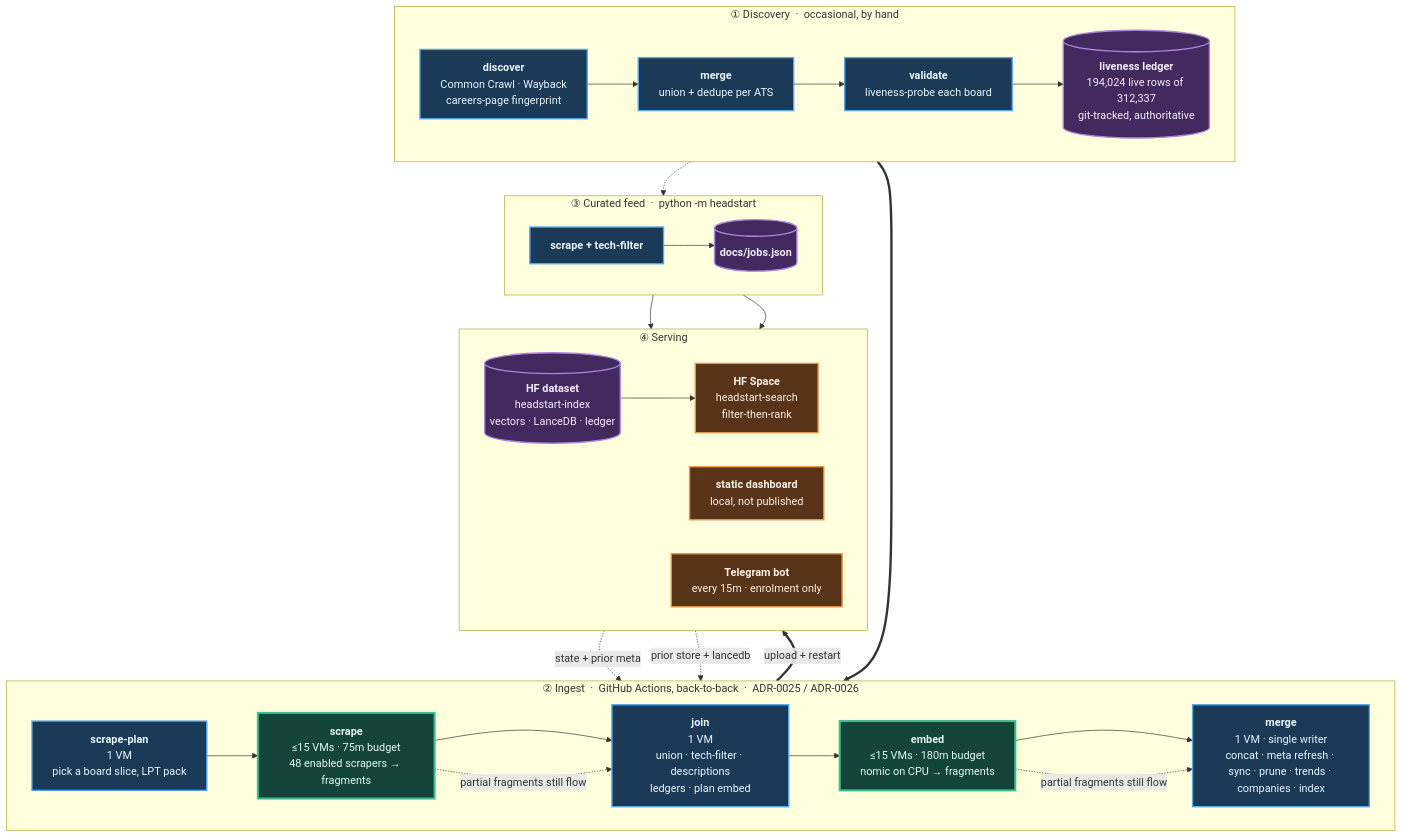
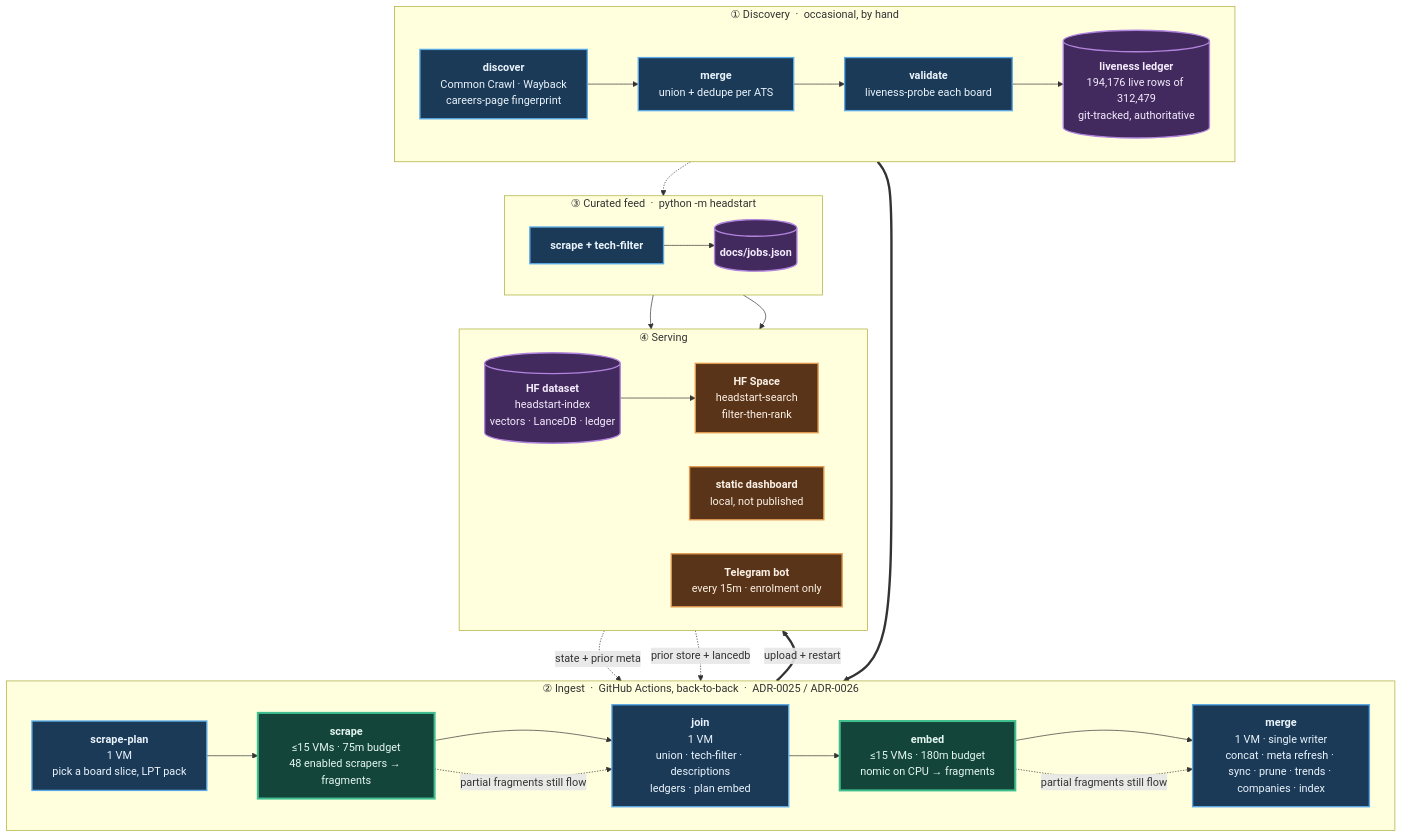
The diagram in README.md (sarthakjain004/headstart), drawn with Mermaid before and after one commit. The commit also changed other lines of this file and 3 other files, not shown here.

````diff
--- a/README.md
+++ b/README.md
@@ -183,56 +183,56 @@
 ```mermaid
 flowchart TB
     subgraph D["① Discovery &nbsp;·&nbsp; occasional, by hand"]
         direction LR
         D1["<b>discover</b><br/>Common Crawl · Wayback<br/>careers-page fingerprint"]
         D2["<b>merge</b><br/>union + dedupe per ATS"]
         D3["<b>validate</b><br/>liveness-probe each board"]
-        D4[("<b>liveness ledger</b><br/>194,024 live rows of 312,337<br/>git-tracked, authoritative")]
+        D4[("<b>liveness ledger</b><br/>194,176 live rows of 312,479<br/>git-tracked, authoritative")]
         D1 --> D2 --> D3 --> D4
     end
 
     subgraph P["② Ingest &nbsp;·&nbsp; GitHub Actions, back-to-back &nbsp;·&nbsp; ADR-0025 / ADR-0026"]
         direction LR
         P1["<b>scrape-plan</b><br/>1 VM<br/>pick a board slice, LPT pack"]
         P2["<b>scrape</b><br/>≤15 VMs · 75m budget<br/>48 enabled scrapers → fragments"]
         P3["<b>join</b><br/>1 VM<br/>union · tech-filter · descriptions<br/>ledgers · plan embed"]
         P4["<b>embed</b><br/>≤15 VMs · 180m budget<br/>nomic on CPU → fragments"]
         P5["<b>merge</b><br/>1 VM · single writer<br/>concat · meta refresh · sync · prune · trends · companies · index"]
         P1 --> P2 --> P3 --> P4 --> P5
     end
 
     subgraph F["③ Curated feed &nbsp;·&nbsp; python -m headstart"]
         direction LR
         F1["<b>scrape + tech-filter</b>"]
         F2[("<b>docs/jobs.json</b>")]
         F1 --> F2
     end
 
     subgraph S["④ Serving"]
         direction LR
         S1[("<b>HF dataset</b><br/>headstart-index<br/>vectors · LanceDB · ledger")]
         S2["<b>HF Space</b><br/>headstart-search<br/>filter-then-rank"]
         S3["<b>static dashboard</b><br/>local, not published"]
         S4["<b>Telegram bot</b><br/>every 15m · enrolment only"]
         S1 --> S2
     end
 
     D4 ==> P1
     S1 -. "state + prior meta" .-> P1
     S1 -. "prior store + lancedb" .-> P5
     D4 -.-> F1
     P5 ==>|"upload + restart"| S1
     F2 --> S3
     F2 --> S4
     P2 -. "partial fragments still flow" .-> P3
     P4 -. "partial fragments still flow" .-> P5
 
     classDef serial fill:#1b3a57,stroke:#5aa9e6,stroke-width:2px,color:#eaf4fc
     classDef fan fill:#14453a,stroke:#3fbf8f,stroke-width:3px,color:#e4f7f0
     classDef store fill:#42295e,stroke:#b184dd,stroke-width:2px,color:#f4ecfc
     classDef serve fill:#5a3418,stroke:#e09a4f,stroke-width:2px,color:#fbf1e6
     class D1,D2,D3,P1,P3,P5,F1 serial
     class P2,P4 fan
     class D4,F2,S1 store
     class S2,S3,S4 serve
 ```
````
